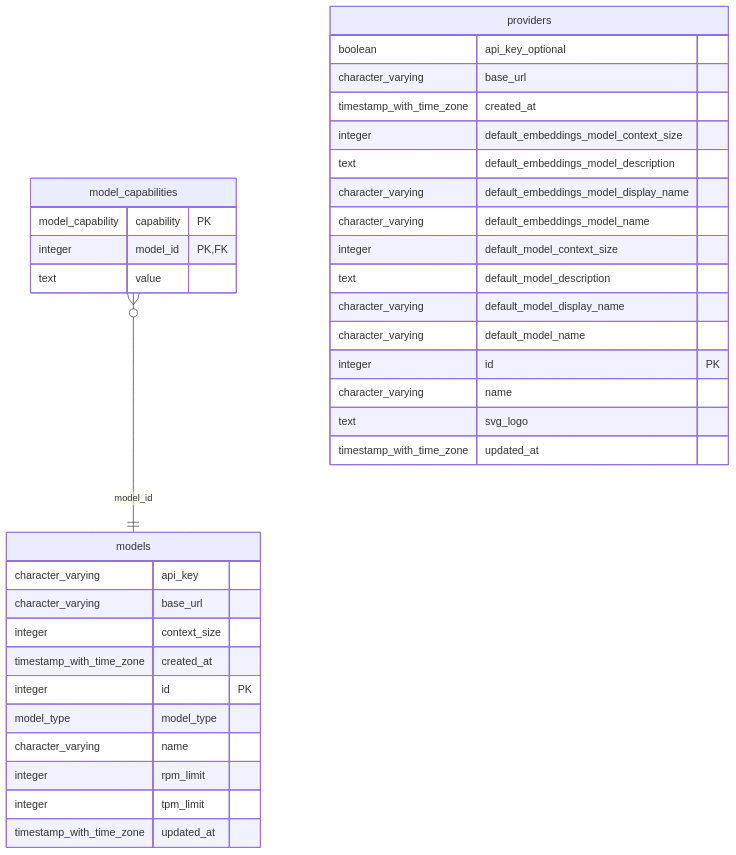
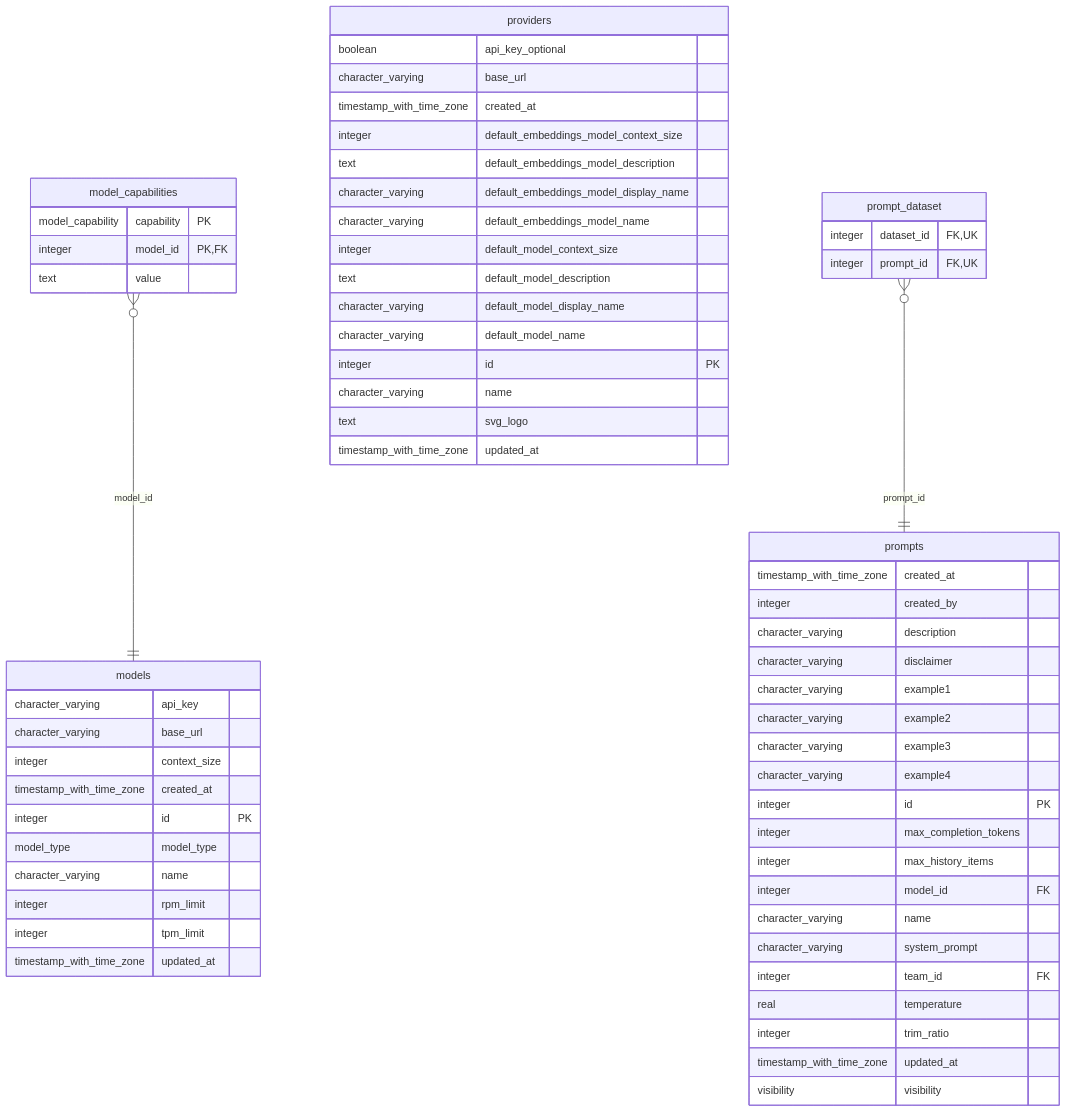
One commit to bionic-gpt/bionic-gpt changed the seventh of 10 diagrams in crates/db/README.md. Above: the diagram before and after it, drawn with Mermaid. The commit also changed other lines of this file and 146 other files, not shown here.

````diff
--- a/crates/db/README.md
+++ b/crates/db/README.md
@@ -411,41 +373,69 @@
 ```mermaid
 erDiagram
     model_capabilities {
         model_capability capability PK 
         integer model_id PK,FK 
         text value 
     }
 
     models {
         character_varying api_key 
         character_varying base_url 
         integer context_size 
         timestamp_with_time_zone created_at 
         integer id PK 
         model_type model_type 
         character_varying name 
         integer rpm_limit 
         integer tpm_limit 
         timestamp_with_time_zone updated_at 
     }
 
     providers {
         boolean api_key_optional 
         character_varying base_url 
         timestamp_with_time_zone created_at 
         integer default_embeddings_model_context_size 
         text default_embeddings_model_description 
         character_varying default_embeddings_model_display_name 
         character_varying default_embeddings_model_name 
         integer default_model_context_size 
         text default_model_description 
         character_varying default_model_display_name 
         character_varying default_model_name 
         integer id PK 
         character_varying name 
         text svg_logo 
         timestamp_with_time_zone updated_at 
     }
 
+    prompt_dataset {
+        integer dataset_id FK,UK
+        integer prompt_id FK,UK
+    }
+
+    prompts {
+        timestamp_with_time_zone created_at
+        integer created_by
+        character_varying description
+        character_varying disclaimer
+        character_varying example1
+        character_varying example2
+        character_varying example3
+        character_varying example4
+        integer id PK
+        integer max_completion_tokens
+        integer max_history_items
+        integer model_id FK
+        character_varying name
+        character_varying system_prompt
+        integer team_id FK
+        real temperature
+        integer trim_ratio
+        timestamp_with_time_zone updated_at
+        visibility visibility
+    }
+
     model_capabilities }o--|| models : "model_id"
+    prompt_dataset }o--|| prompts : "prompt_id"
 ```
````
